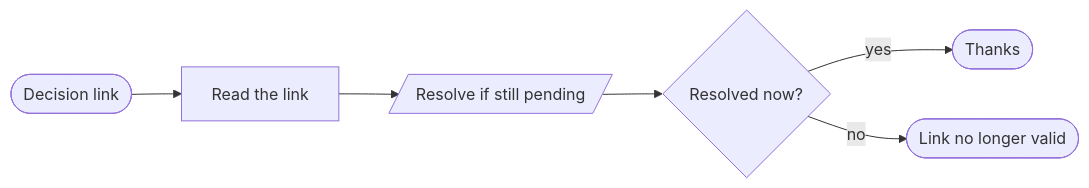
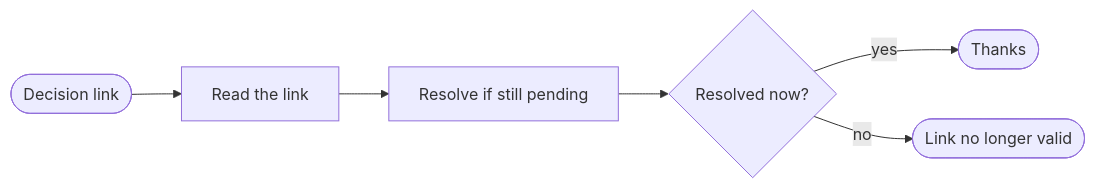
Before and after one commit to kimjoshuadr/n8n-workflows: the fourth of 4 diagrams in blocks/reliability/README.md, drawn with Mermaid. The commit also changed other lines of this file and 184 other files, not shown here.

Commit message:
Finish the move to named platforms: blocks, BambooHR, generated README, schema and platform marks

````diff
--- a/blocks/reliability/README.md
+++ b/blocks/reliability/README.md
@@ -115,14 +107,14 @@
 ```mermaid
 flowchart LR
   ngegbnb(["Decision link"])
   ng29arw["Read the link"]
-  nodb587[/"Resolve if still pending"/]
+  nodb587["Resolve if still pending"]
   nryvszu{"Resolved now?"}
   n23b0ds(["Thanks"])
   nsrr7wl(["Link no longer valid"])
   ngegbnb --> ng29arw
   ng29arw --> nodb587
   nodb587 --> nryvszu
   nryvszu -->|yes| n23b0ds
   nryvszu -->|no| nsrr7wl
 ```
````
